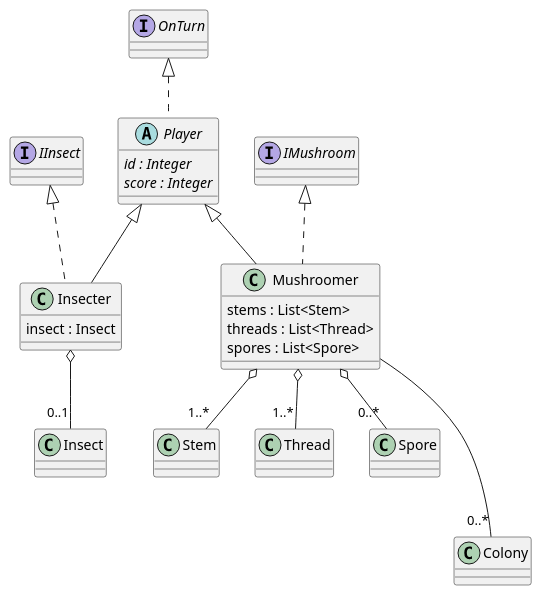
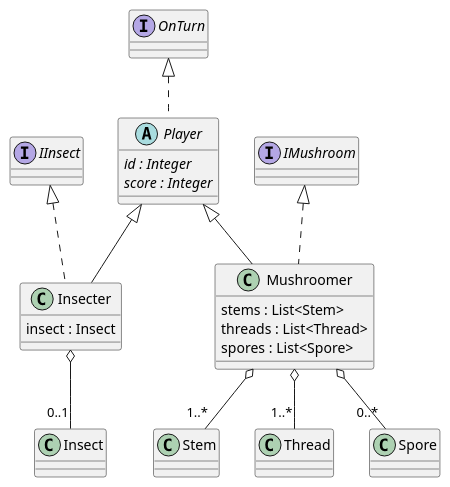
The diagram in 3/visitor_class/player.puml (Petya-G/fungorium), drawn with PlantUML before and after one commit.

```diff
--- a/3/visitor_class/player.puml
+++ b/3/visitor_class/player.puml
@@ -1,23 +1,22 @@
 @startuml player
 
 abstract class Player implements OnTurn{
     {abstract} id : Integer
     {abstract} score : Integer
 }
 
 Insecter o-- "0..1" Insect
 class Insecter extends Player implements IInsect{
     insect : Insect
 }
 
 Mushroomer o-- "1..*" Stem
 Mushroomer o-- "1..*" Thread
 Mushroomer o-- "0..*" Spore
-Mushroomer --- "0..*" Colony
 class Mushroomer extends Player implements IMushroom{
     stems : List<Stem>
     threads : List<Thread>
     spores : List<Spore>
 }
 
 @enduml
```
